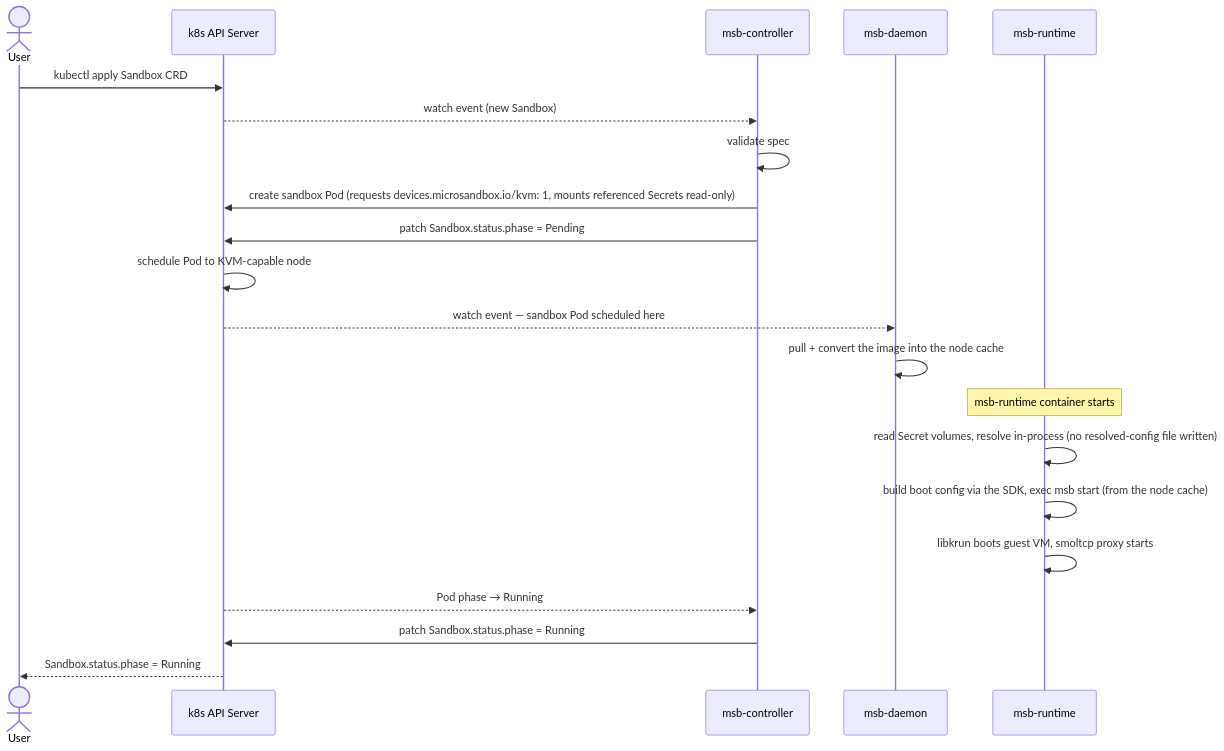
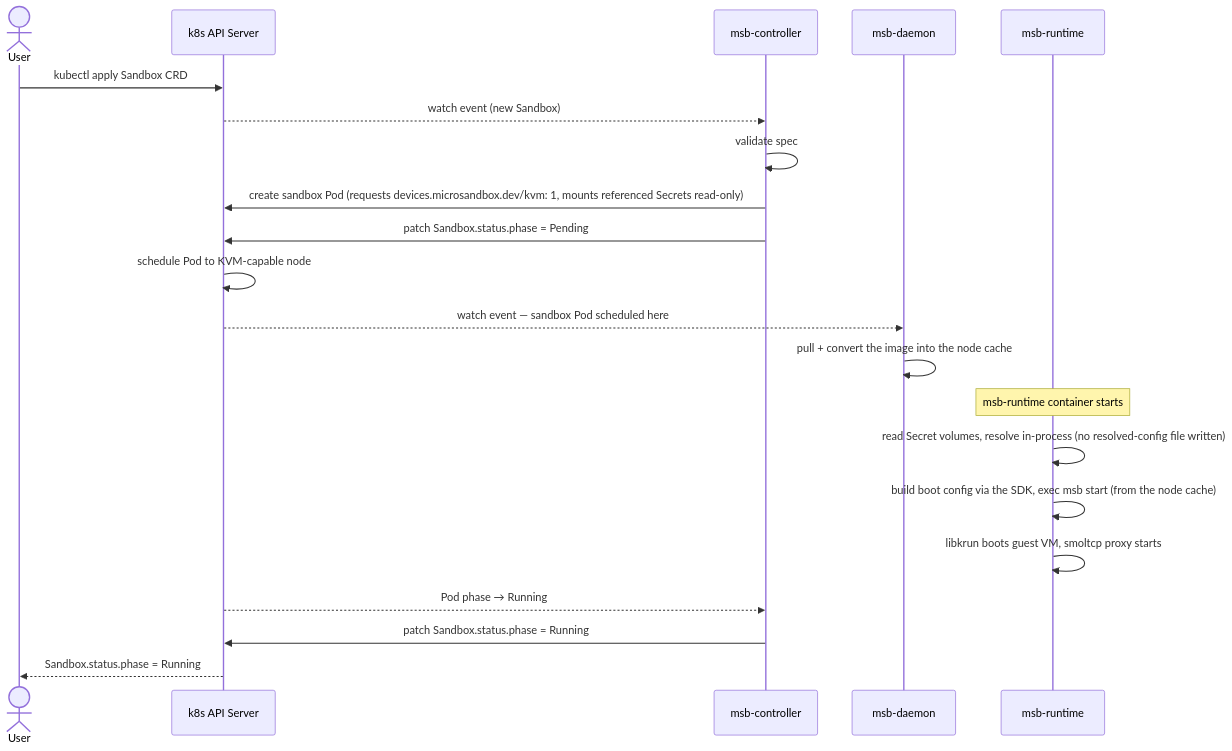
The second of 11 diagrams in docs/operator-design.md (TheRealSibasishBehera/msb-operator), drawn with Mermaid before and after one commit. The commit also changed other lines of this file, not shown here.

First line of the commit message:
docs: rename API domain microsandbox.io to microsandbox.dev

````diff
--- a/docs/operator-design.md
+++ b/docs/operator-design.md
@@ -150,27 +150,27 @@
 ```mermaid
 sequenceDiagram
     actor User
     participant API as k8s API Server
     participant Ctrl as msb-controller
     participant Daemon as msb-daemon
     participant Runtime as msb-runtime
 
     User->>API: kubectl apply Sandbox CRD
     API-->>Ctrl: watch event (new Sandbox)
     Ctrl->>Ctrl: validate spec
-    Ctrl->>API: create sandbox Pod (requests devices.microsandbox.io/kvm: 1, mounts referenced Secrets read-only)
+    Ctrl->>API: create sandbox Pod (requests devices.microsandbox.dev/kvm: 1, mounts referenced Secrets read-only)
     Ctrl->>API: patch Sandbox.status.phase = Pending
     API->>API: schedule Pod to KVM-capable node
 
     API-->>Daemon: watch event — sandbox Pod scheduled here
     Daemon->>Daemon: pull + convert the image into the node cache
 
     Note over Runtime: msb-runtime container starts
     Runtime->>Runtime: read Secret volumes, resolve in-process (no resolved-config file written)
     Runtime->>Runtime: build boot config via the SDK, exec msb start (from the node cache)
     Runtime->>Runtime: libkrun boots guest VM, smoltcp proxy starts
 
     API-->>Ctrl: Pod phase → Running
     Ctrl->>API: patch Sandbox.status.phase = Running
     API-->>User: Sandbox.status.phase = Running
 ```
````
